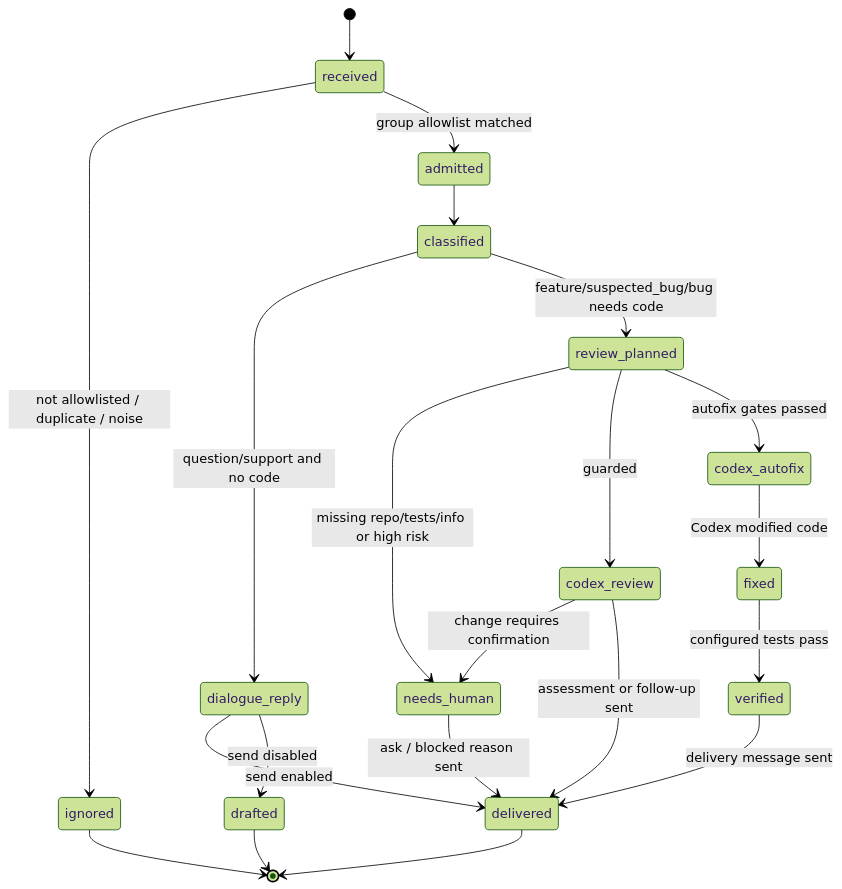
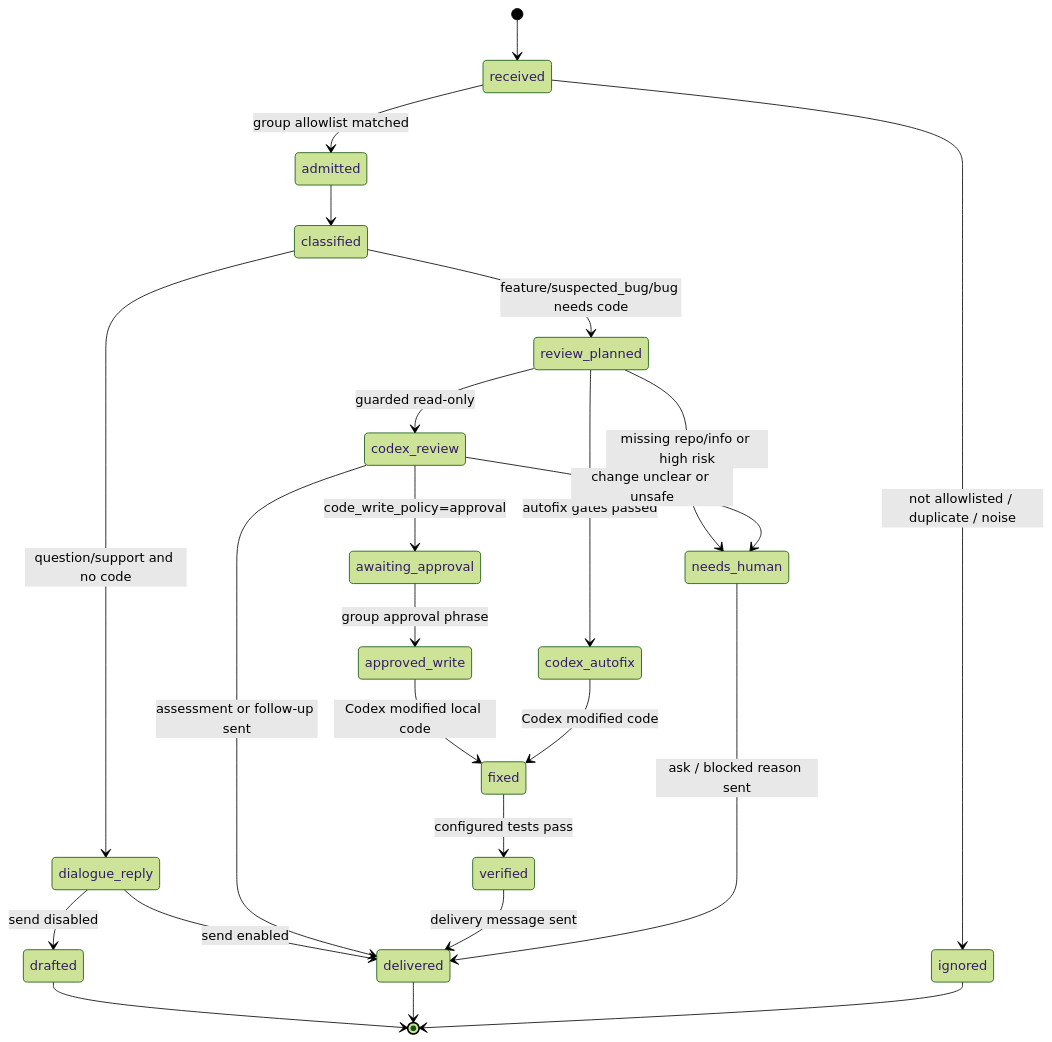
The second of 2 diagrams in docs/product-agent-spec.md (howtimeschange/CodeX-Avatar), drawn with Mermaid (forest theme) before and after one commit. The commit also changed other lines of this file and 14 other files, not shown here.

````diff
--- a/docs/product-agent-spec.md
+++ b/docs/product-agent-spec.md
@@ -153,23 +163,26 @@
 ```mermaid
 stateDiagram-v2
   [*] --> received
   received --> ignored: not allowlisted / duplicate / noise
   received --> admitted: group allowlist matched
   admitted --> classified
   classified --> dialogue_reply: question/support and no code
   dialogue_reply --> delivered: send enabled
   dialogue_reply --> drafted: send disabled
   classified --> review_planned: feature/suspected_bug/bug needs code
-  review_planned --> needs_human: missing repo/tests/info or high risk
-  review_planned --> codex_review: guarded
+  review_planned --> needs_human: missing repo/info or high risk
+  review_planned --> codex_review: guarded read-only
+  codex_review --> awaiting_approval: code_write_policy=approval
+  awaiting_approval --> approved_write: group approval phrase
+  approved_write --> fixed: Codex modified local code
   review_planned --> codex_autofix: autofix gates passed
-  codex_review --> needs_human: change requires confirmation
+  codex_review --> needs_human: change unclear or unsafe
   codex_review --> delivered: assessment or follow-up sent
   codex_autofix --> fixed: Codex modified code
   fixed --> verified: configured tests pass
   verified --> delivered: delivery message sent
   needs_human --> delivered: ask / blocked reason sent
   drafted --> [*]
   delivered --> [*]
   ignored --> [*]
 ```
````
